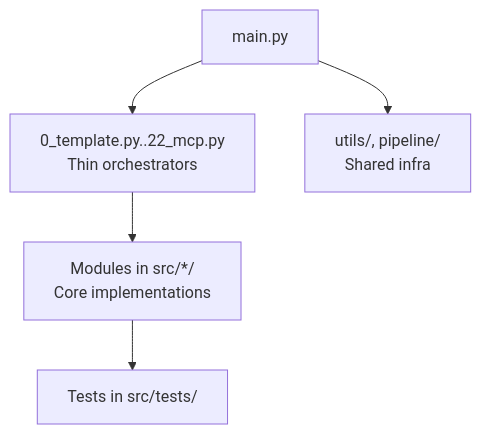
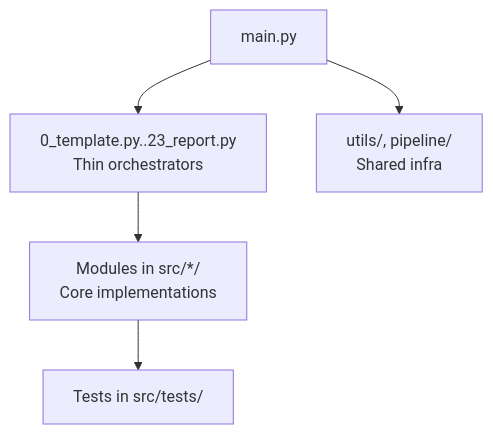
One commit to ActiveInferenceInstitute/GeneralizedNotationNotation changed the third of 7 diagrams in DOCS.md. Above: the diagram before and after it, drawn with Mermaid. The commit also changed other lines of this file and 209 other files, not shown here.

````diff
--- a/DOCS.md
+++ b/DOCS.md
@@ -74,7 +75,7 @@
 ```mermaid
 graph TB
-  A[main.py] --> B[0_template.py..22_mcp.py\nThin orchestrators]
+  A[main.py] --> B[0_template.py..23_report.py\nThin orchestrators]
   B --> C[Modules in src/*/\nCore implementations]
   C --> D[Tests in src/tests/]
   A --> E[utils/, pipeline/\nShared infra]
 ```
````
